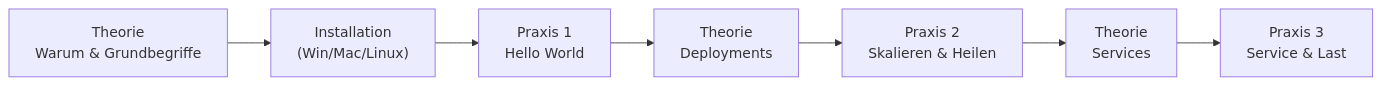
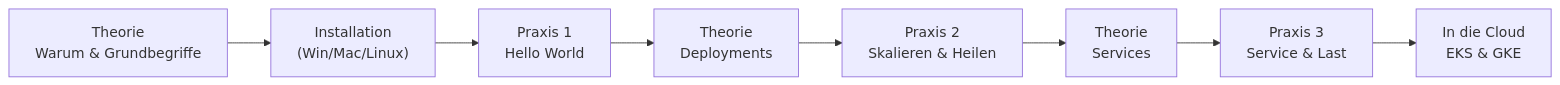
The diagram in docs/kubernetes-praxis/index.md (JacobMenge/kurs-unterlagen), drawn with Mermaid before and after one commit. The commit also changed other lines of this file and 107 other files, not shown here.

````diff
--- a/docs/kubernetes-praxis/index.md
+++ b/docs/kubernetes-praxis/index.md
@@ -33,9 +33,10 @@
 ```mermaid
 flowchart LR
   T1["Theorie<br/>Warum & Grundbegriffe"] --> I["Installation<br/>(Win/Mac/Linux)"]
   I --> P1["Praxis 1<br/>Hello World"]
   P1 --> T2["Theorie<br/>Deployments"]
   T2 --> P2["Praxis 2<br/>Skalieren & Heilen"]
   P2 --> T3["Theorie<br/>Services"]
   T3 --> P3["Praxis 3<br/>Service & Last"]
+  P3 --> C["In die Cloud<br/>EKS & GKE"]
 ```
````
